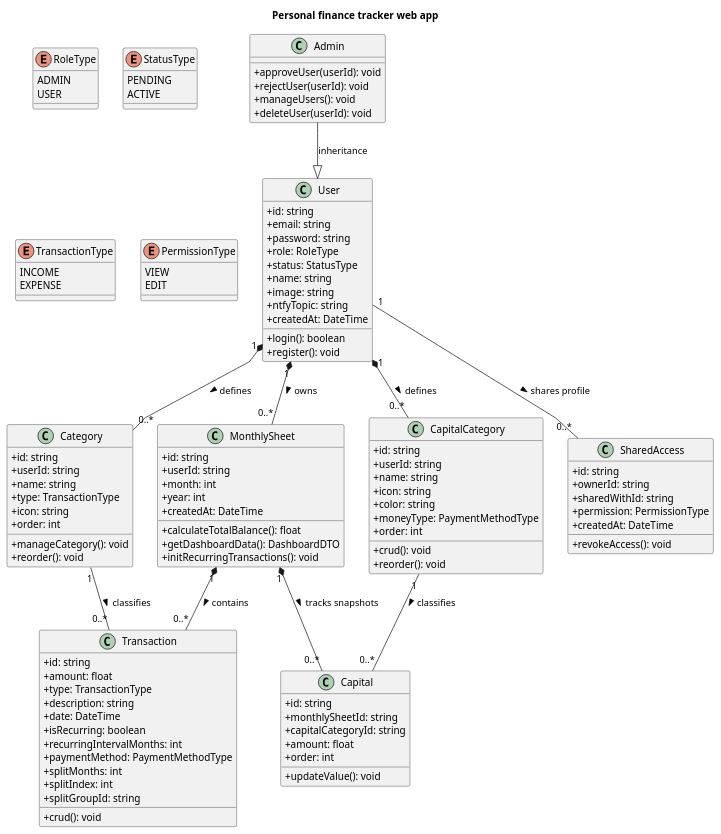
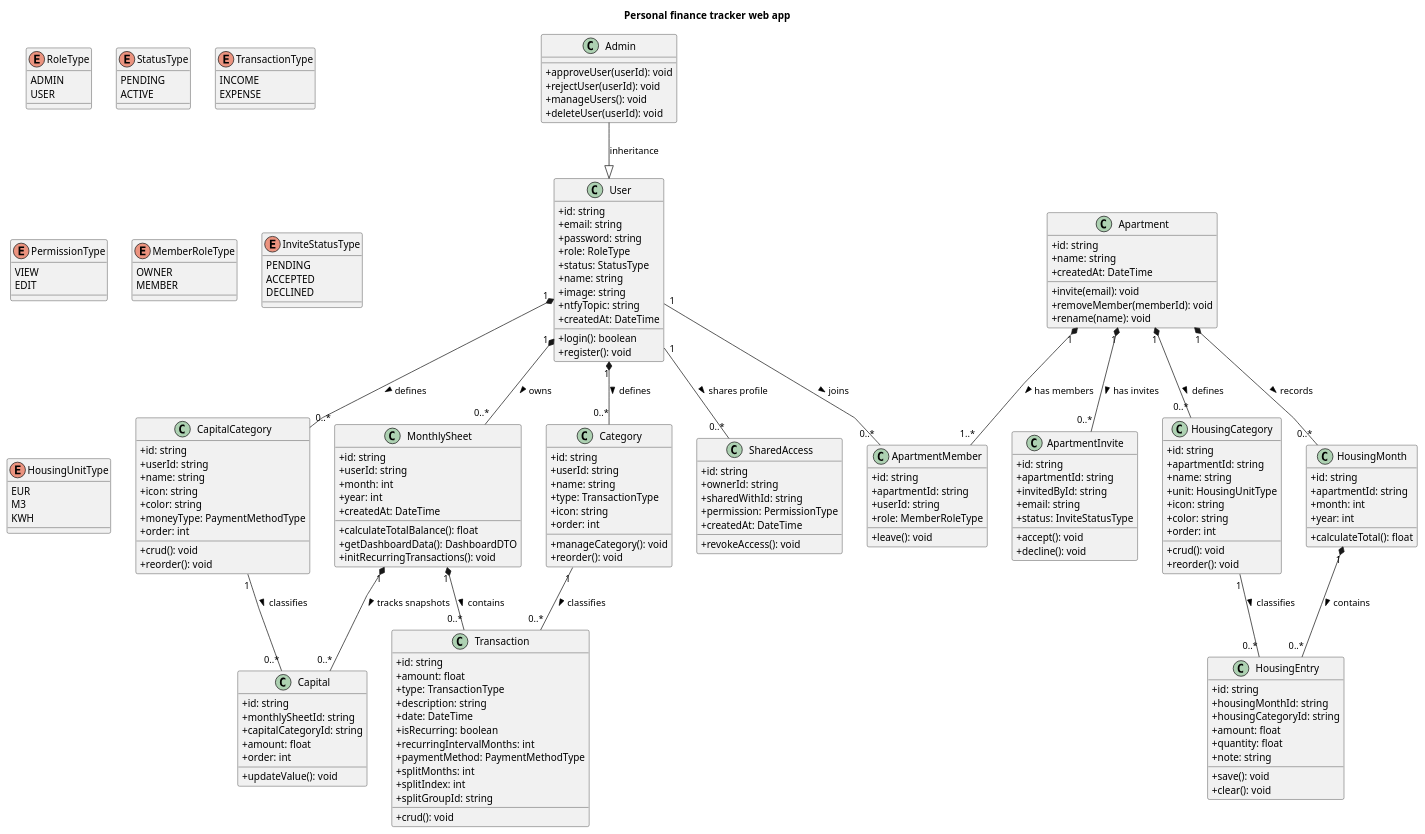
Before and after one commit to lukrencijus/finance-web-app: the diagram in doc/class_updated.puml, drawn with PlantUML. The commit also changed 19 other files, not shown here.

First line of the commit message:
Add shared-apartment housing cost tracking

```diff
--- a/doc/class_updated.puml
+++ b/doc/class_updated.puml
@@ -92,6 +92,64 @@
   +revokeAccess(): void
 }
  
+class Apartment {
+  +id: string
+  +name: string
+  +createdAt: DateTime
+  +invite(email): void
+  +removeMember(memberId): void
+  +rename(name): void
+}
+ 
+class ApartmentMember {
+  +id: string
+  +apartmentId: string
+  +userId: string
+  +role: MemberRoleType
+  +leave(): void
+}
+ 
+class ApartmentInvite {
+  +id: string
+  +apartmentId: string
+  +invitedById: string
+  +email: string
+  +status: InviteStatusType
+  +accept(): void
+  +decline(): void
+}
+ 
+class HousingCategory {
+  +id: string
+  +apartmentId: string
+  +name: string
+  +unit: HousingUnitType
+  +icon: string
+  +color: string
+  +order: int
+  +crud(): void
+  +reorder(): void
+}
+ 
+class HousingMonth {
+  +id: string
+  +apartmentId: string
+  +month: int
+  +year: int
+  +calculateTotal(): float
+}
+ 
+class HousingEntry {
+  +id: string
+  +housingMonthId: string
+  +housingCategoryId: string
+  +amount: float
+  +quantity: float
+  +note: string
+  +save(): void
+  +clear(): void
+}
+ 
 enum RoleType { 
   ADMIN
   USER 
@@ -111,6 +169,23 @@
   VIEW
   EDIT 
 }
+
+enum MemberRoleType {
+  OWNER
+  MEMBER
+}
+
+enum InviteStatusType {
+  PENDING
+  ACCEPTED
+  DECLINED
+}
+
+enum HousingUnitType {
+  EUR
+  M3
+  KWH
+}
  
 Admin --|> User : inheritance
 User "1" *-- "0..*" MonthlySheet : owns >
@@ -121,5 +196,12 @@
 Category "1" -- "0..*" Transaction : classifies >
 CapitalCategory "1" -- "0..*" Capital : classifies >
 User "1" -- "0..*" SharedAccess : shares profile >
+User "1" -- "0..*" ApartmentMember : joins >
+Apartment "1" *-- "1..*" ApartmentMember : has members >
+Apartment "1" *-- "0..*" ApartmentInvite : has invites >
+Apartment "1" *-- "0..*" HousingCategory : defines >
+Apartment "1" *-- "0..*" HousingMonth : records >
+HousingMonth "1" *-- "0..*" HousingEntry : contains >
+HousingCategory "1" -- "0..*" HousingEntry : classifies >
  
 @enduml
```
